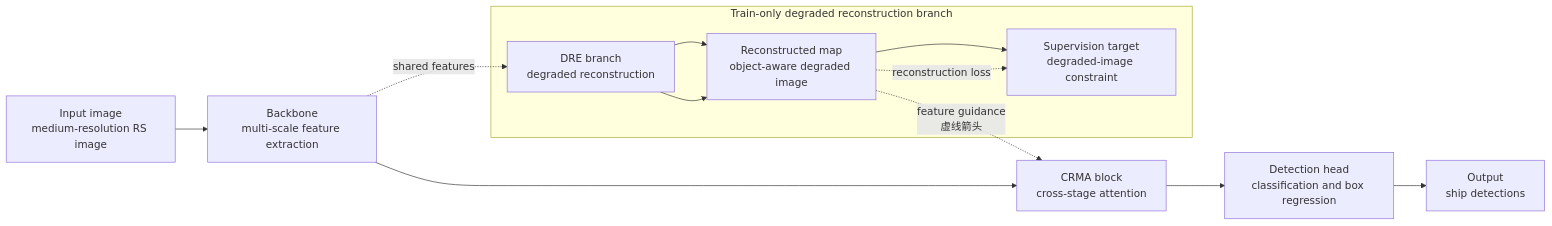
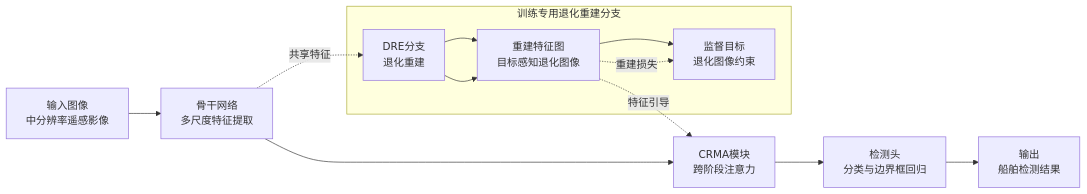
One commit to kkkhs/graduation_project changed the third of 9 diagrams in thesis_figures_guide.md. Above: the diagram before and after it, drawn with Mermaid. The commit also changed other lines of this file and 11 other files, not shown here.

First line of the commit message:
docs: 翻译 thesis_figures_guide.md 所有 Mermaid 节点为中文

````diff
--- a/thesis_figures_guide.md
+++ b/thesis_figures_guide.md
@@ -71,17 +71,17 @@
 ```mermaid
 flowchart LR
-    A[Input image<br/>medium-resolution RS image] --> B[Backbone<br/>multi-scale feature extraction]
-    B --> C[CRMA block<br/>cross-stage attention]
-    C --> D[Detection head<br/>classification and box regression]
-    D --> E[Output<br/>ship detections]
+    A[输入图像<br/>中分辨率遥感影像] --> B[骨干网络<br/>多尺度特征提取]
+    B --> C[CRMA模块<br/>跨阶段注意力]
+    C --> D[检测头<br/>分类与边界框回归]
+    D --> E[输出<br/>船舶检测结果]
 
-    subgraph 训练专用分支["Train-only degraded reconstruction branch"]
-        F[DRE branch<br/>degraded reconstruction] --> G[Reconstructed map<br/>object-aware degraded image]
-        G --> H[Supervision target<br/>degraded-image constraint]
+    subgraph 训练专用分支["训练专用退化重建分支"]
+        F[DRE分支<br/>退化重建] --> G[重建特征图<br/>目标感知退化图像]
+        G --> H[监督目标<br/>退化图像约束]
     end
 
-    B -.->|shared features| F
-    G -.->|feature guidance<br/>虚线箭头| C
+    B -.->|共享特征| F
+    G -.->|特征引导| C
     F --> G
-    G -.->|reconstruction loss| H
+    G -.->|重建损失| H
 ```
````
